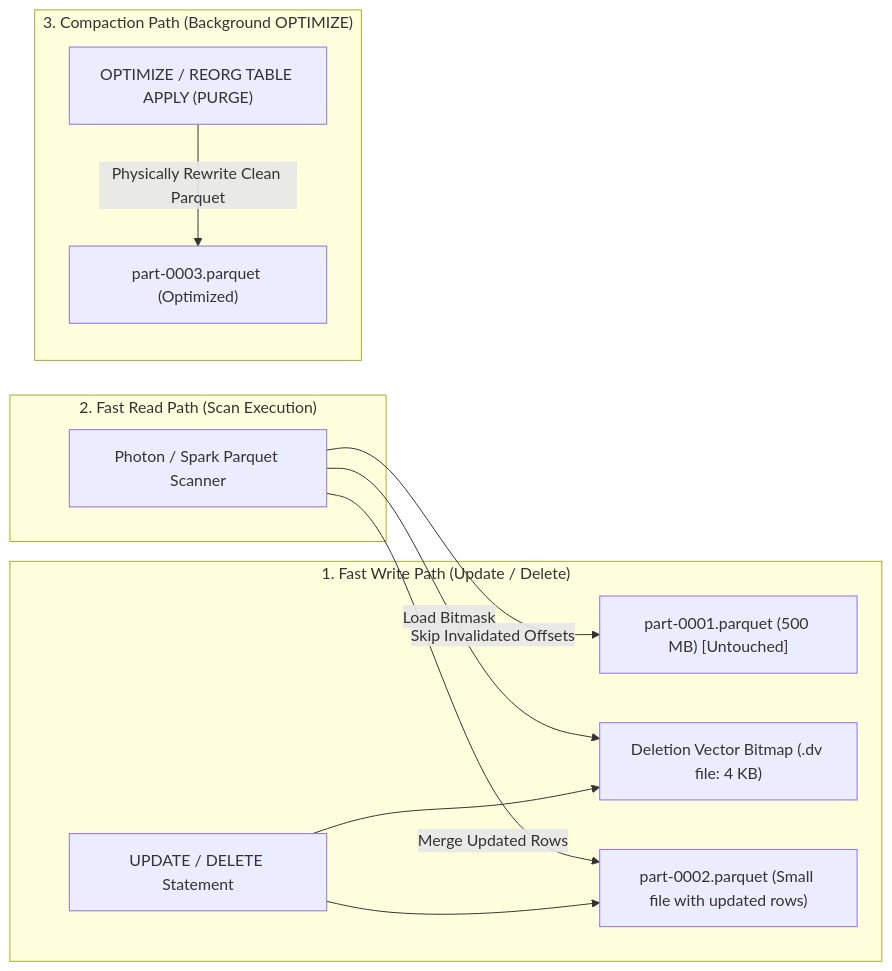
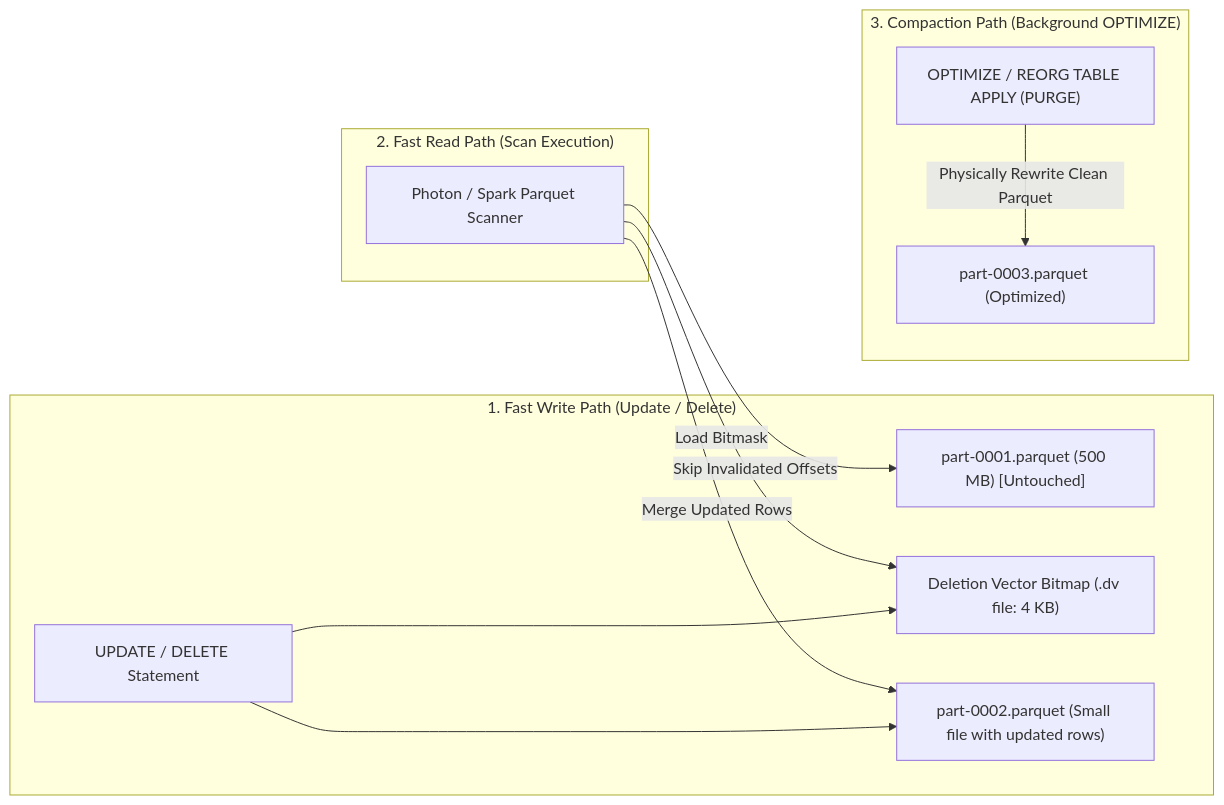
The second of 2 diagrams in architectures/03_delta_lake_3x_storage_engine_and_liquid_clustering.md (santoshjammi29/databricks-handbook), drawn with Mermaid before and after one commit. The commit also changed 1 other file, not shown here.

Commit message:
fix(diagrams): enforce strict sequential rendering and ordering constraints across mermaid diagrams

````diff
--- a/architectures/03_delta_lake_3x_storage_engine_and_liquid_clustering.md
+++ b/architectures/03_delta_lake_3x_storage_engine_and_liquid_clustering.md
@@ -42,23 +42,25 @@
 ```mermaid
 flowchart LR
     subgraph Write["1. Fast Write Path (Update / Delete)"]
         DML["UPDATE / DELETE Statement"]
         OrigFile["part-0001.parquet (500 MB) [Untouched]"]
         DV["Deletion Vector Bitmap (.dv file: 4 KB)"]
         NewFile["part-0002.parquet (Small file with updated rows)"]
         DML --> DV
         DML --> NewFile
     end
 
     subgraph Read["2. Fast Read Path (Scan Execution)"]
         Scanner["Photon / Spark Parquet Scanner"]
         Scanner -->|Load Bitmask| DV
         Scanner -->|Skip Invalidated Offsets| OrigFile
         Scanner -->|Merge Updated Rows| NewFile
     end
 
     subgraph Purge["3. Compaction Path (Background OPTIMIZE)"]
         Optimize["OPTIMIZE / REORG TABLE APPLY (PURGE)"]
         Optimize -->|Physically Rewrite Clean Parquet| FinalFile["part-0003.parquet (Optimized)"]
     end
+
+    Write ~~~ Read ~~~ Purge
 ```
````
